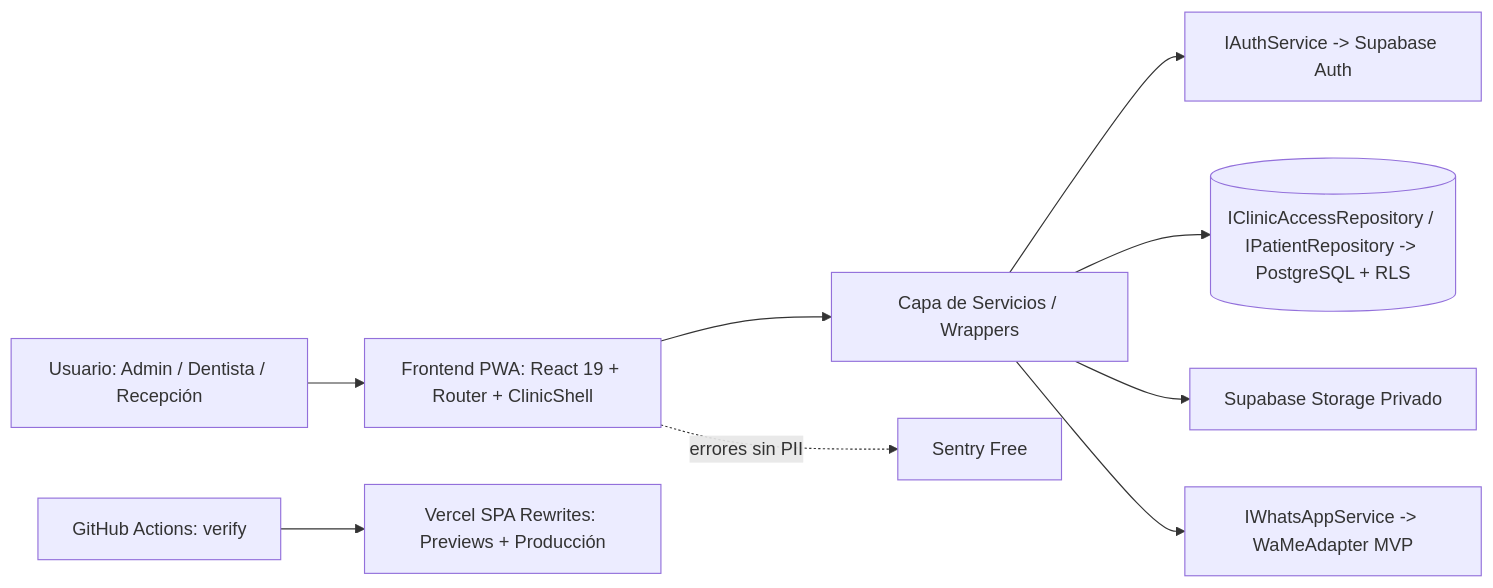
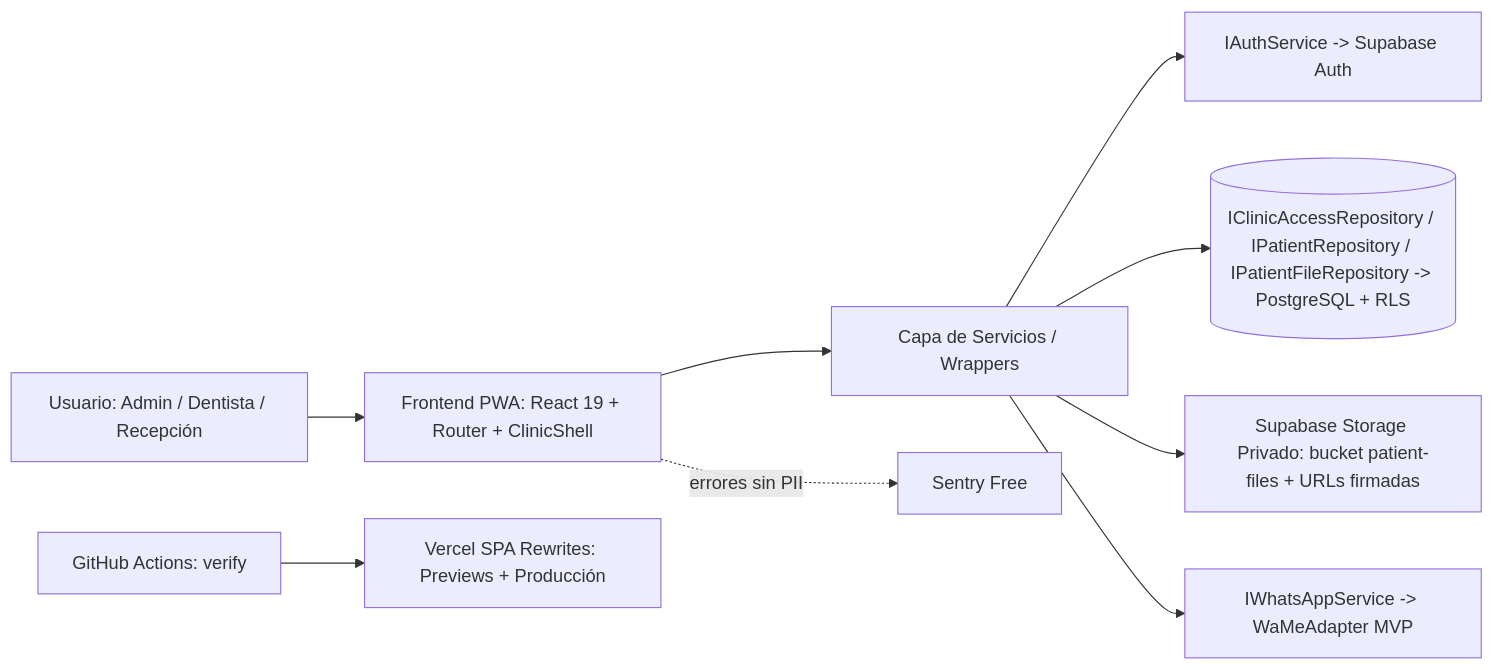
The diagram in docs/ARQUITECTURA.md (augustoalr/dentalcare), drawn with Mermaid before and after one commit. The commit also changed other lines of this file and 20 other files, not shown here.

Commit message:
feat(T-06): fotos intraorales y radiografías sintéticas en Supabase Storage privado (#20)

````diff
--- a/docs/ARQUITECTURA.md
+++ b/docs/ARQUITECTURA.md
@@ -7,11 +7,11 @@
 ```mermaid
 flowchart LR
     U[Usuario: Admin / Dentista / Recepción] --> W[Frontend PWA: React 19 + Router + ClinicShell]
     W --> WRAP[Capa de Servicios / Wrappers]
     WRAP --> AUTH[IAuthService -> Supabase Auth]
-    WRAP --> DB[(IClinicAccessRepository / IPatientRepository -> PostgreSQL + RLS)]
-    WRAP --> ST[Supabase Storage Privado]
+    WRAP --> DB[(IClinicAccessRepository / IPatientRepository / IPatientFileRepository -> PostgreSQL + RLS)]
+    WRAP --> ST[Supabase Storage Privado: bucket patient-files + URLs firmadas]
     WRAP --> WA[IWhatsAppService -> WaMeAdapter MVP]
     W -. errores sin PII .-> SEN[Sentry Free]
     GH[GitHub Actions: verify] --> V[Vercel SPA Rewrites: Previews + Producción]
 ```
````
